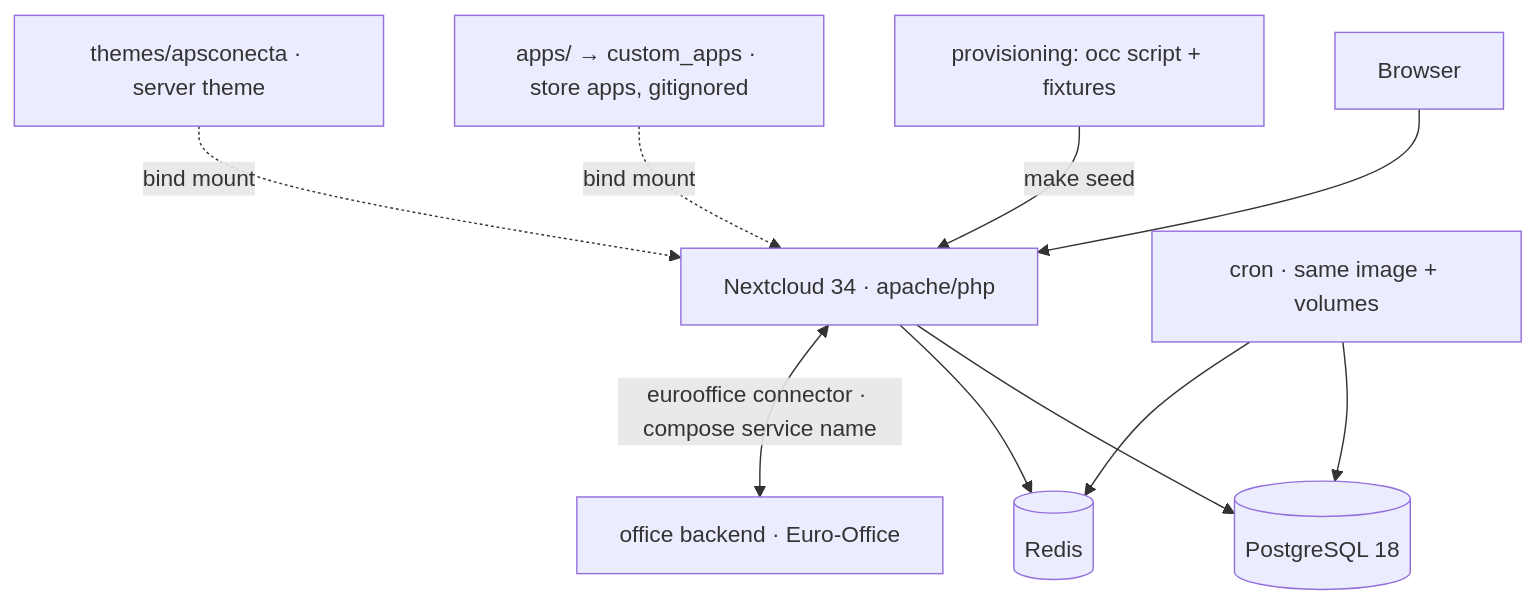
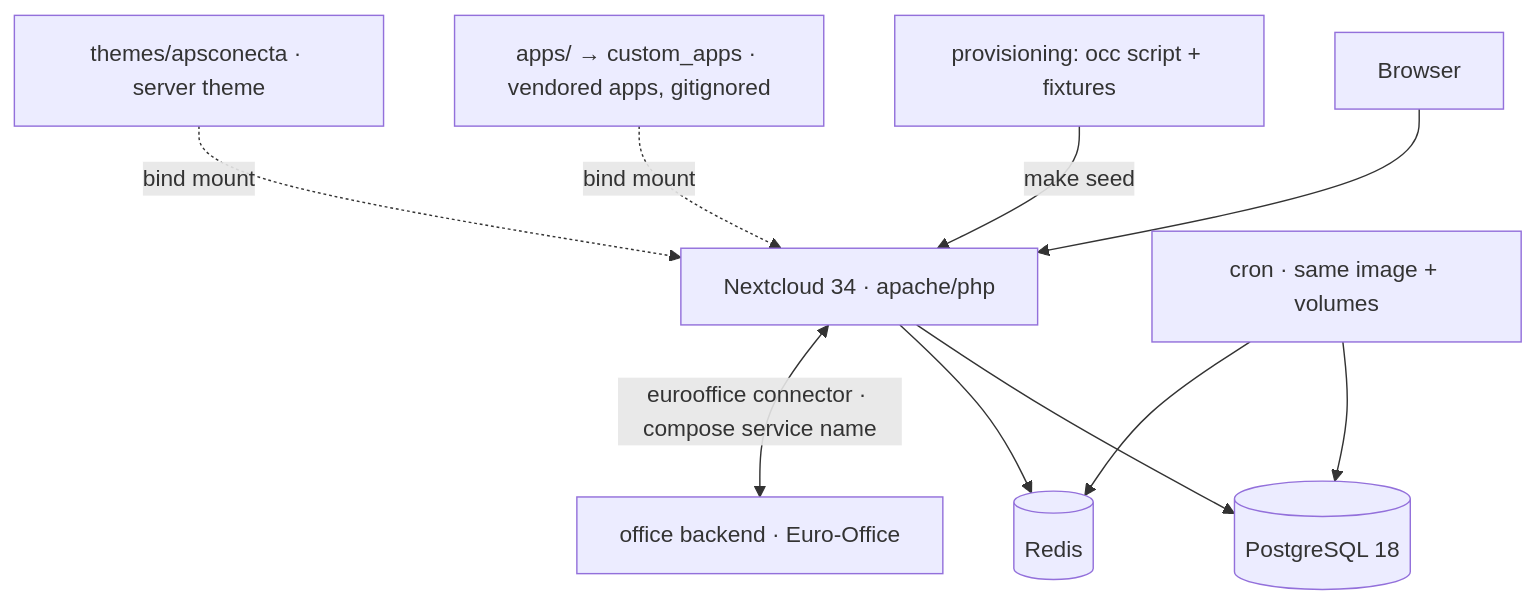
The first of 2 diagrams in docs/ARCHITECTURE.md (APS-Conecta/gestion), drawn with Mermaid before and after one commit. The commit also changed 13 other files, not shown here.

````diff
--- a/docs/ARCHITECTURE.md
+++ b/docs/ARCHITECTURE.md
@@ -59,12 +59,12 @@
 ```mermaid
 graph TD
   B[Browser] --> NC[Nextcloud 34 · apache/php]
   NC --> PG[(PostgreSQL 18)]
   NC --> R[(Redis)]
   CR[cron · same image + volumes] --> PG
   CR --> R
   NC <-->|eurooffice connector · compose service name| C[office backend · Euro-Office]
   PROV[provisioning: occ script + fixtures] -->|make seed| NC
-  A[apps/ → custom_apps · store apps, gitignored] -.bind mount.-> NC
+  A[apps/ → custom_apps · vendored apps, gitignored] -.bind mount.-> NC
   T[themes/apsconecta · server theme] -.bind mount.-> NC
 ```
````
